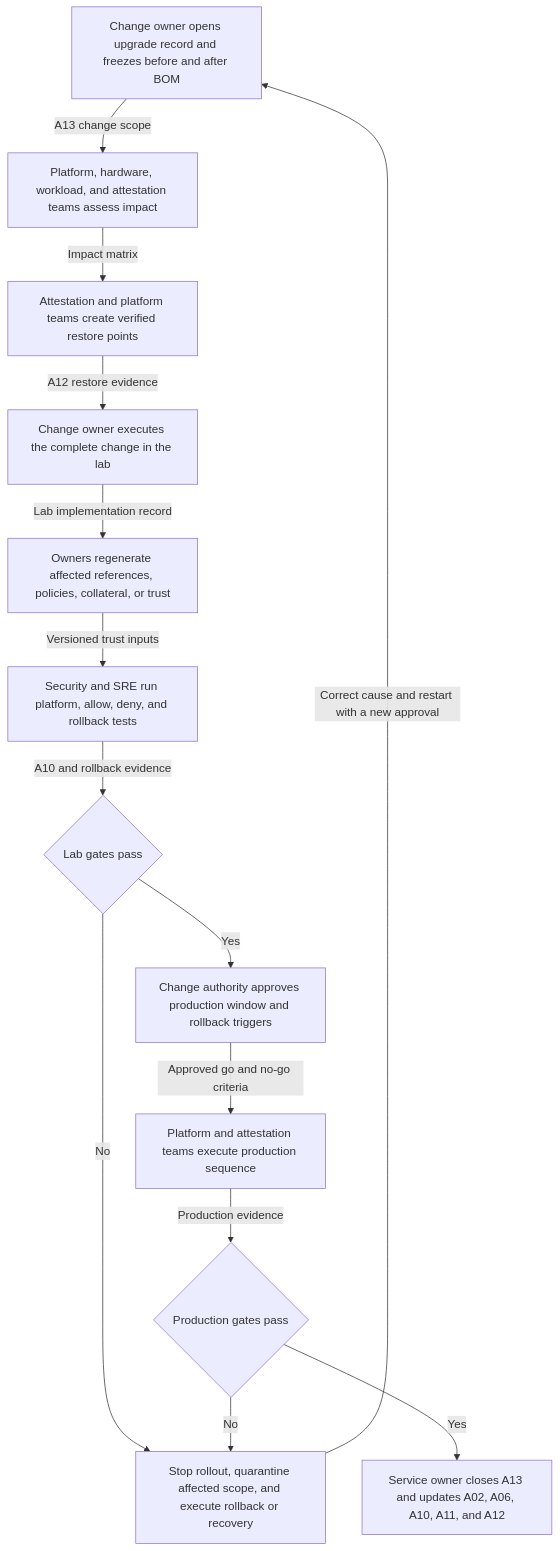
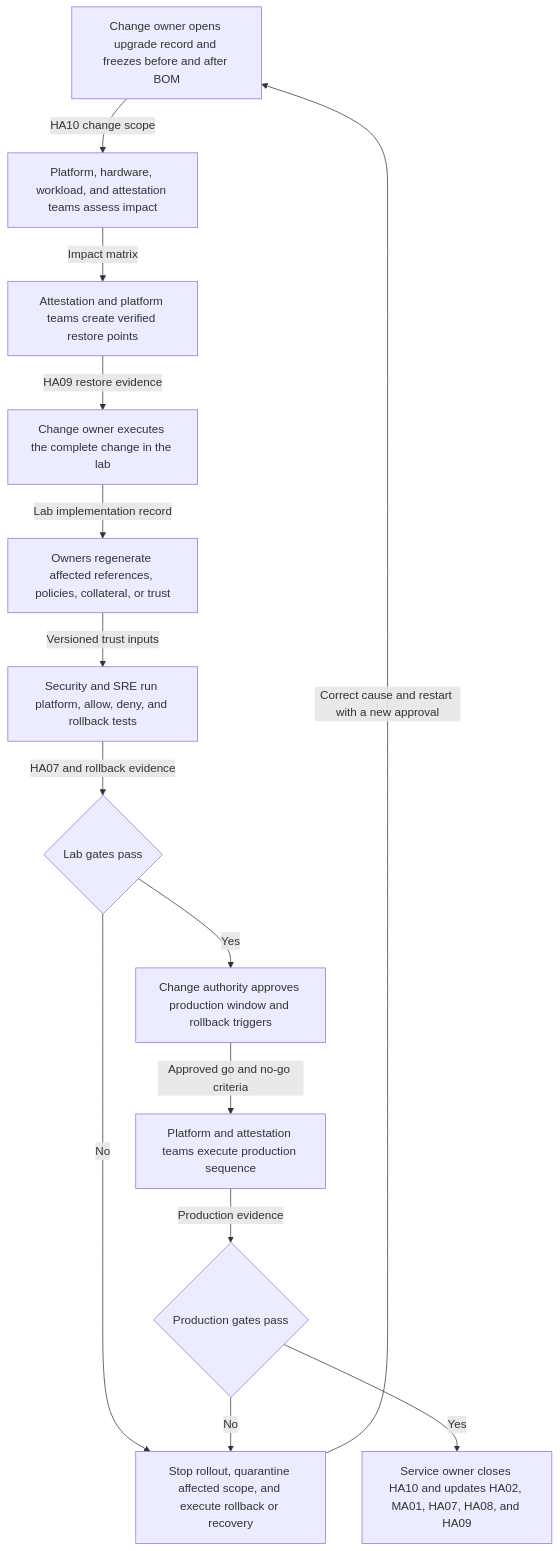
The third of 3 diagrams in docs/getting-started-and-operations.md (shpwrck/openshift-confidential-containers), drawn with Mermaid before and after one commit. The commit also changed other lines of this file, not shown here.

````diff
--- a/docs/getting-started-and-operations.md
+++ b/docs/getting-started-and-operations.md
@@ -274,29 +275,29 @@
 ```mermaid
 flowchart TD
   A["Change owner opens upgrade record and freezes before and after BOM"]
   B["Platform, hardware, workload, and attestation teams assess impact"]
   C["Attestation and platform teams create verified restore points"]
   D["Change owner executes the complete change in the lab"]
   E["Owners regenerate affected references, policies, collateral, or trust"]
   F["Security and SRE run platform, allow, deny, and rollback tests"]
   G{"Lab gates pass"}
   H["Change authority approves production window and rollback triggers"]
   I["Platform and attestation teams execute production sequence"]
   J{"Production gates pass"}
-  K["Service owner closes A13 and updates A02, A06, A10, A11, and A12"]
+  K["Service owner closes HA10 and updates HA02, MA01, HA07, HA08, and HA09"]
   L["Stop rollout, quarantine affected scope, and execute rollback or recovery"]
 
-  A -->|"A13 change scope"| B
+  A -->|"HA10 change scope"| B
   B -->|"Impact matrix"| C
-  C -->|"A12 restore evidence"| D
+  C -->|"HA09 restore evidence"| D
   D -->|"Lab implementation record"| E
   E -->|"Versioned trust inputs"| F
-  F -->|"A10 and rollback evidence"| G
+  F -->|"HA07 and rollback evidence"| G
   G -->|"No"| L
   G -->|"Yes"| H
   H -->|"Approved go and no-go criteria"| I
   I -->|"Production evidence"| J
   J -->|"No"| L
   J -->|"Yes"| K
   L -->|"Correct cause and restart with a new approval"| A
 ```
````
